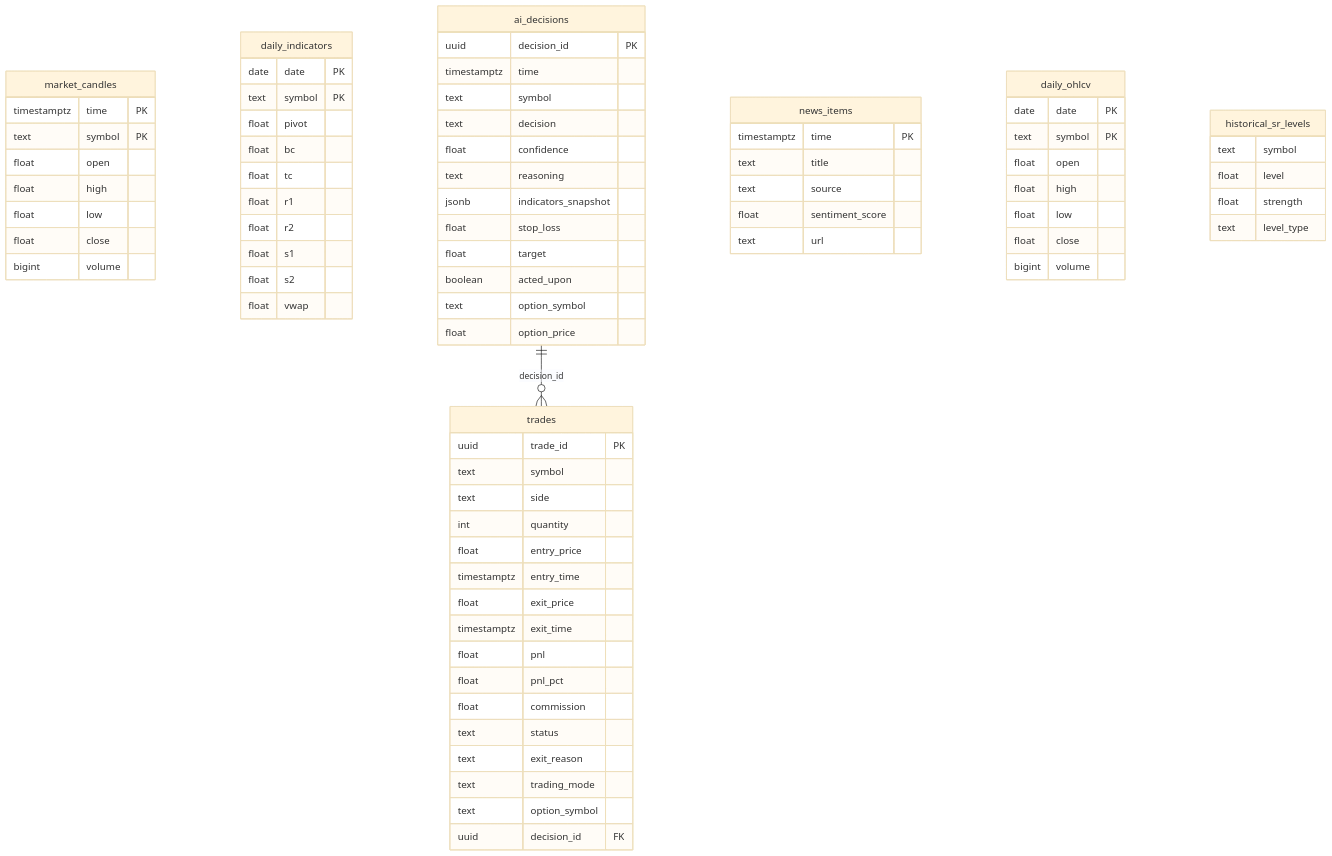
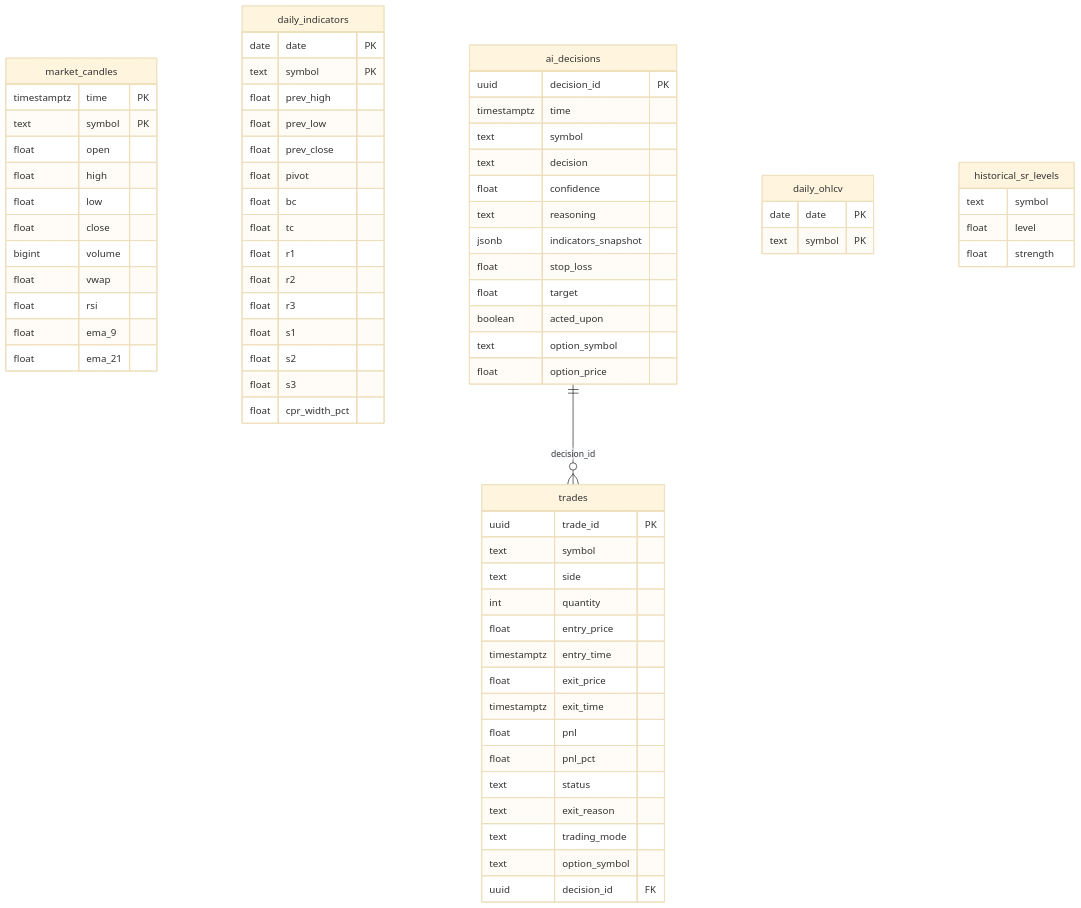
One commit to rickydjohn/fyers-autotrader changed the fourth of 4 diagrams in ARCHITECTURE.md. Above: the diagram before and after it, drawn with Mermaid (base theme). The commit also changed other lines of this file and 1 other file, not shown here.

First line of the commit message:
docs: refresh ARCHITECTURE.md + README.md for the WS migration

````diff
--- a/ARCHITECTURE.md
+++ b/ARCHITECTURE.md
@@ -113,80 +190,75 @@
 ```mermaid
 erDiagram
     market_candles {
         timestamptz time PK
         text symbol PK
         float open
         float high
         float low
         float close
         bigint volume
+        float vwap
+        float rsi
+        float ema_9
+        float ema_21
     }
     daily_indicators {
         date date PK
         text symbol PK
+        float prev_high
+        float prev_low
+        float prev_close
         float pivot
         float bc
         float tc
         float r1
         float r2
+        float r3
         float s1
         float s2
-        float vwap
+        float s3
+        float cpr_width_pct
     }
     ai_decisions {
         uuid decision_id PK
         timestamptz time
         text symbol
         text decision
         float confidence
         text reasoning
         jsonb indicators_snapshot
         float stop_loss
         float target
         boolean acted_upon
         text option_symbol
         float option_price
     }
     trades {
         uuid trade_id PK
         text symbol
         text side
         int quantity
         float entry_price
         timestamptz entry_time
         float exit_price
         timestamptz exit_time
         float pnl
         float pnl_pct
-        float commission
         text status
         text exit_reason
         text trading_mode
         text option_symbol
         uuid decision_id FK
     }
-    news_items {
-        timestamptz time PK
-        text title
-        text source
-        float sentiment_score
-        text url
-    }
     daily_ohlcv {
         date date PK
         text symbol PK
-        float open
-        float high
-        float low
-        float close
-        bigint volume
     }
     historical_sr_levels {
         text symbol
         float level
         float strength
-        text level_type
     }
 
     ai_decisions ||--o{ trades : "decision_id"
 ```
````
